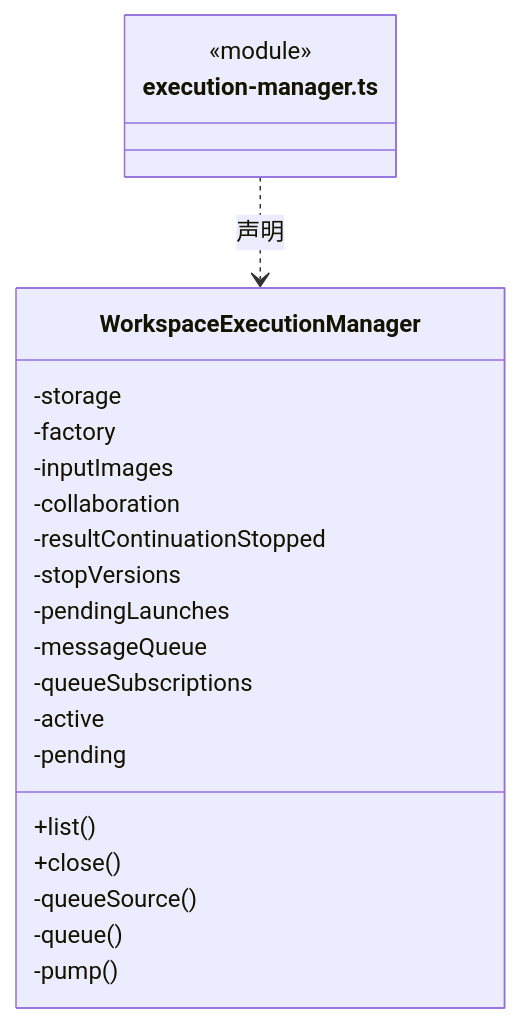
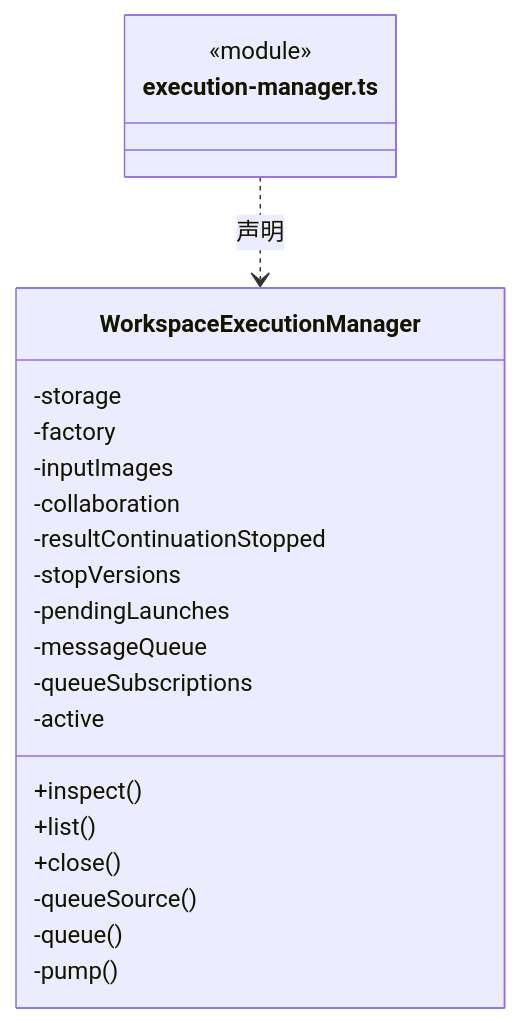
The ninth of 38 diagrams in src/backend/scheduler-engine/execution/ARCHITECTURE.md (nan023062/cbim), drawn with Mermaid before and after one commit. The commit also changed other lines of this file and 53 other files, not shown here.

````diff
--- a/src/backend/scheduler-engine/execution/ARCHITECTURE.md
+++ b/src/backend/scheduler-engine/execution/ARCHITECTURE.md
@@ -299,25 +310,25 @@
 ```mermaid
 classDiagram
 class N_src_backend_scheduler_engine_execution_execution_manager_ts["execution-manager.ts"] {
   <<module>>
 }
 class N_src_backend_scheduler_engine_execution_execution_manager_ts_WorkspaceExecutionManager["WorkspaceExecutionManager"] {
+  +inspect()
   +list()
   +close()
   -storage
   -factory
   -inputImages
   -collaboration
   -resultContinuationStopped
   -stopVersions
   -pendingLaunches
   -messageQueue
   -queueSubscriptions
   -queueSource()
   -queue()
   -pump()
   -active
-  -pending
 }
 N_src_backend_scheduler_engine_execution_execution_manager_ts ..> N_src_backend_scheduler_engine_execution_execution_manager_ts_WorkspaceExecutionManager : 声明
 ```
````
